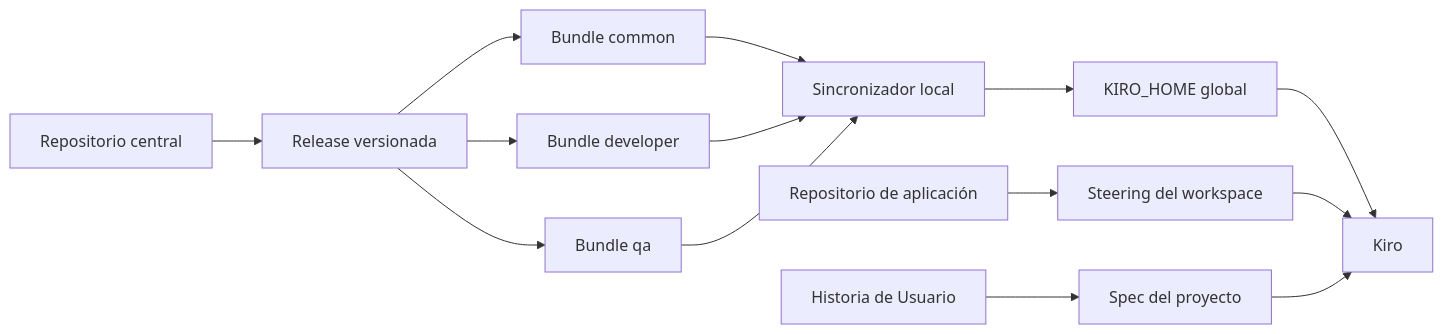
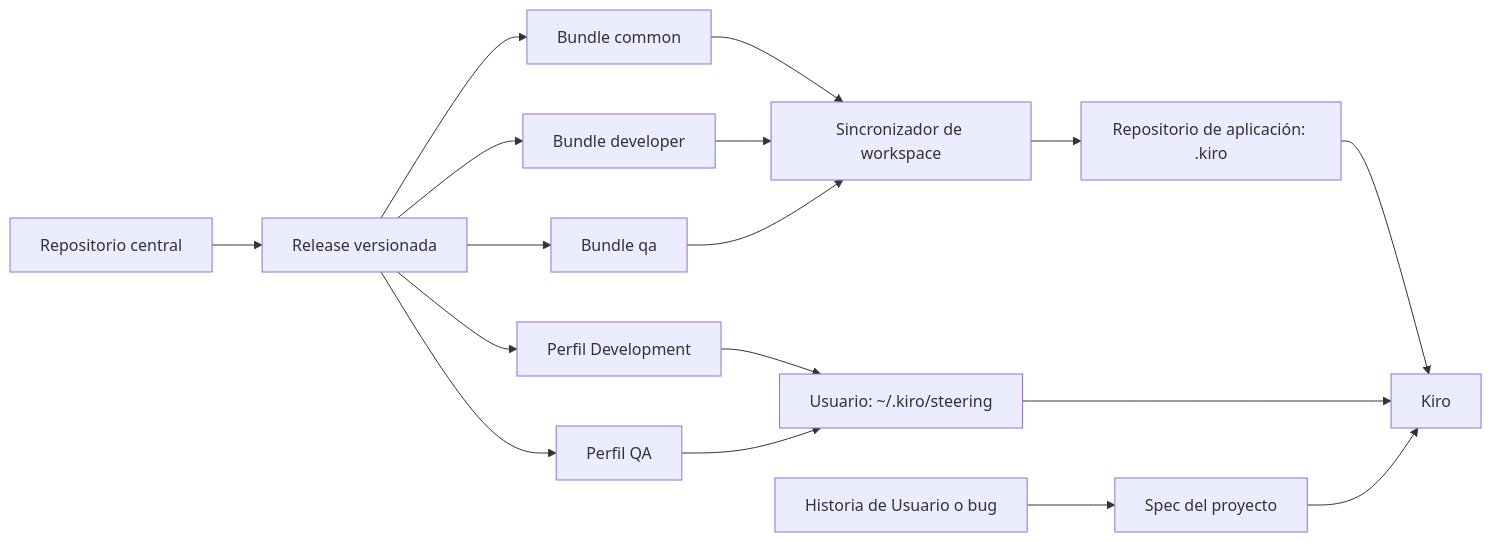
The diagram in docs/architecture.md (jairoamm/company-kiro-standards), drawn with Mermaid before and after one commit. The commit also changed other lines of this file and 14 other files, not shown here.

Commit message:
feat(steering): separate workspace and role profiles

````diff
--- a/docs/architecture.md
+++ b/docs/architecture.md
@@ -7,16 +7,19 @@
 ```mermaid
 flowchart LR
     R[Repositorio central] --> V[Release versionada]
     V --> B1[Bundle common]
     V --> B2[Bundle developer]
     V --> B3[Bundle qa]
-    B1 --> S[Sincronizador local]
+    B1 --> S[Sincronizador de workspace]
     B2 --> S
     B3 --> S
-    S --> G[KIRO_HOME global]
-    P[Repositorio de aplicación] --> W[Steering del workspace]
-    H[Historia de Usuario] --> X[Spec del proyecto]
-    G --> K[Kiro]
-    W --> K
+    S --> W[Repositorio de aplicación: .kiro]
+    V --> PD[Perfil Development]
+    V --> PQ[Perfil QA]
+    PD --> G[Usuario: ~/.kiro/steering]
+    PQ --> G
+    H[Historia de Usuario o bug] --> X[Spec del proyecto]
+    W --> K[Kiro]
+    G --> K
     X --> K
 ```
````
